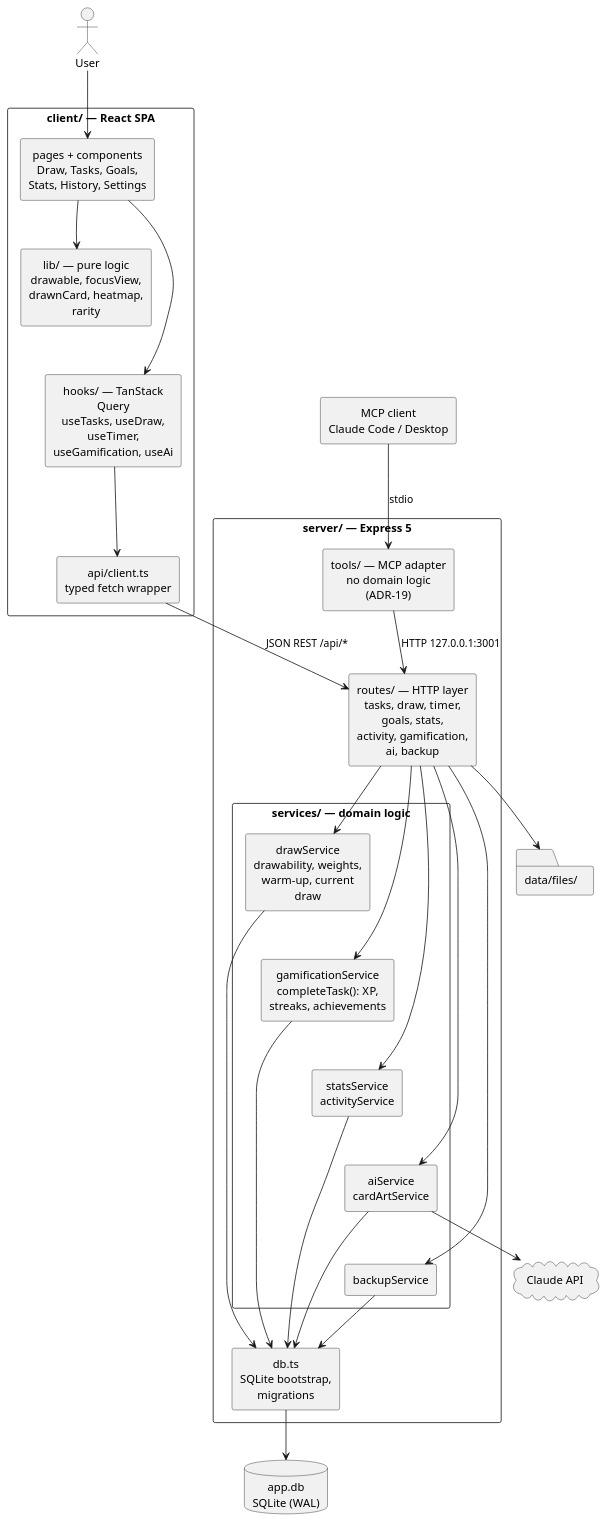
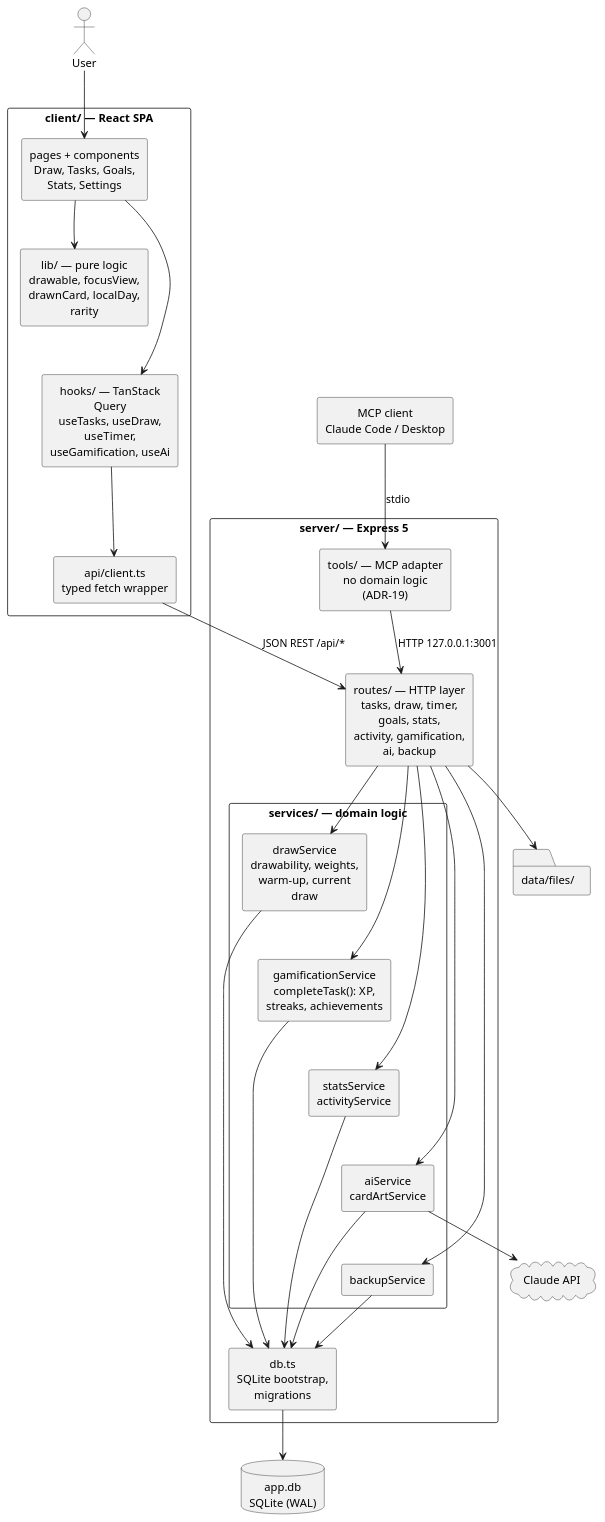
The diagram in docs/modules/ROOT/pages/05_building_block_view.adoc (FelixGeisler/draw), drawn with PlantUML before and after one commit. The commit also changed other lines of this file and 7 other files, not shown here.

```diff
--- a/docs/modules/ROOT/pages/05_building_block_view.adoc
+++ b/docs/modules/ROOT/pages/05_building_block_view.adoc
@@ -16,65 +16,65 @@
 [plantuml,building-blocks,svg]
 ....
 @startuml
 skinparam componentStyle rectangle
 skinparam shadowing false
 skinparam wrapWidth 150
 skinparam defaultTextAlignment center
 skinparam packageStyle rectangle
 hide stereotype
 
 actor "User" as user
 component "MCP client\nClaude Code / Desktop" as mcpClient
 
 package "client/ — React SPA" {
-  component "pages + components\nDraw, Tasks, Goals,\nStats, History, Settings" as pages
-  component "lib/ — pure logic\ndrawable, focusView,\ndrawnCard, heatmap, rarity" as clib
+  component "pages + components\nDraw, Tasks, Goals,\nStats, Settings" as pages
+  component "lib/ — pure logic\ndrawable, focusView,\ndrawnCard, localDay, rarity" as clib
   component "hooks/ — TanStack Query\nuseTasks, useDraw, useTimer,\nuseGamification, useAi" as hooks
   component "api/client.ts\ntyped fetch wrapper" as apiClient
 }
 
 package "server/ — Express 5" {
   component "tools/ — MCP adapter\nno domain logic (ADR-19)" as mcpAdapter
   component "routes/ — HTTP layer\ntasks, draw, timer, goals, stats,\nactivity, gamification, ai, backup" as routes
   package "services/ — domain logic" {
     component "drawService\ndrawability, weights,\nwarm-up, current draw" as drawSvc
     component "gamificationService\ncompleteTask(): XP,\nstreaks, achievements" as gamSvc
     component "statsService\nactivityService" as statsSvc
     component "aiService\ncardArtService" as aiSvc
     component "backupService" as backupSvc
   }
   component "db.ts\nSQLite bootstrap, migrations" as dbmod
 }
 
 database "app.db\nSQLite (WAL)" as sqlite
 folder "data/files/" as files
 cloud "Claude API" as claude
 
 user --> pages
 pages --> hooks
 pages --> clib
 hooks --> apiClient
 apiClient --> routes : "JSON REST /api/*"
 mcpClient --> mcpAdapter : stdio
 mcpAdapter --> routes : "HTTP 127.0.0.1:3001"
 routes --> drawSvc
 routes --> gamSvc
 routes --> statsSvc
 routes --> aiSvc
 routes --> backupSvc
 drawSvc -[hidden]-> gamSvc
 gamSvc -[hidden]-> statsSvc
 statsSvc -[hidden]-> aiSvc
 aiSvc -[hidden]-> backupSvc
 drawSvc --> dbmod
 gamSvc --> dbmod
 statsSvc --> dbmod
 aiSvc --> dbmod
 backupSvc --> dbmod
 dbmod --> sqlite
 routes --> files
 aiSvc --> claude
 pages -[hidden]-> clib
 clib -[hidden]-> hooks
 @enduml
 ....
```
